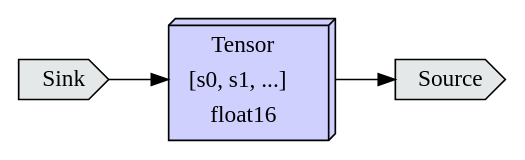
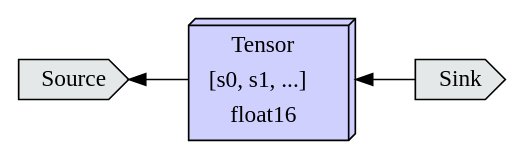
The fifth of 60 diagrams in source/Tapestry/index.md (crutcher/crutcher.github.io-source), drawn with Graphviz before and after one commit. The commit also changed other lines of this file, not shown here.

````diff
--- a/source/Tapestry/index.md
+++ b/source/Tapestry/index.md
@@ -537,25 +728,25 @@
 ```graphviz
 digraph G {
-  rankdir=LR;
+  rankdir=RL;
   
   Source, Sink [
      shape=cds,
      fillcolor="#E5E8E8",
      style=filled,
   ];
   T [
      label=<
        <table border="0">
          <tr><td>Tensor</td></tr>
          <tr><td>[s0, s1, ...]</td></tr>
          <tr><td>float16</td></tr>
          </table>
      >,
      shape=box3d,
      fillcolor="#d0d0ff",
      style=filled,
   ];
   
   Sink -> T -> Source;
 }
 ```
````
